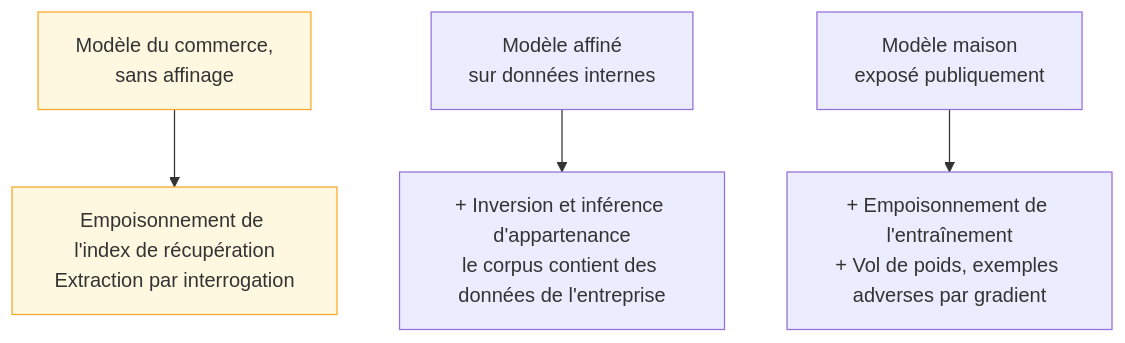
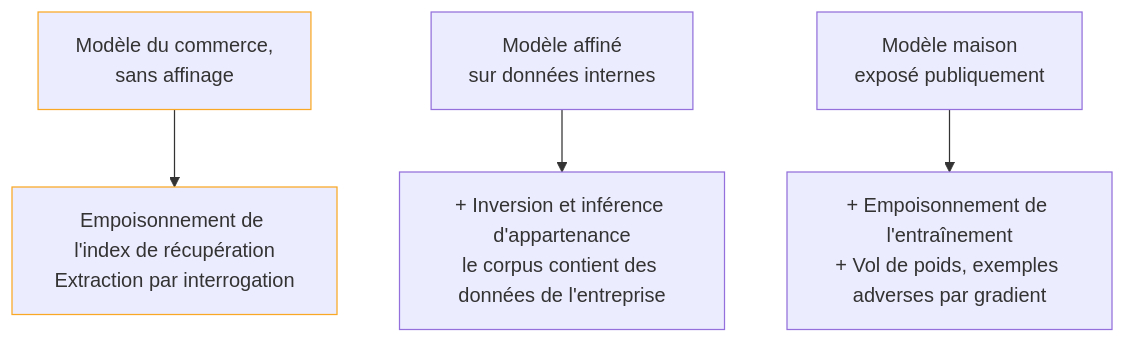
The diagram in content/parcours/ai-red-teaming/vulnerabilites-du-modele.md (floSa/Atlas-Metiers-Roadmaps), drawn with Mermaid before and after one commit. The commit also changed 28 other files, not shown here.

Commit message:
Schemas lisibles dans les deux themes, et retour au niveau superieur sur toutes les pages

````diff
--- a/content/parcours/ai-red-teaming/vulnerabilites-du-modele.md
+++ b/content/parcours/ai-red-teaming/vulnerabilites-du-modele.md
@@ -15,9 +15,9 @@
 ```mermaid
 flowchart TD
   P1["Modèle du commerce,<br/>sans affinage"] --> A1["Empoisonnement de l'index de récupération<br/>Extraction par interrogation"]
   P2["Modèle affiné<br/>sur données internes"] --> A2["+ Inversion et inférence d'appartenance<br/>le corpus contient des données de l'entreprise"]
   P3["Modèle maison<br/>exposé publiquement"] --> A3["+ Empoisonnement de l'entraînement<br/>+ Vol de poids, exemples adverses par gradient"]
 
-  classDef courant fill:#fff8e1,stroke:#f9a825,stroke-width:1px
+  classDef courant stroke:#f9a825,stroke-width:1px
   class P1,A1 courant
 ```
````
